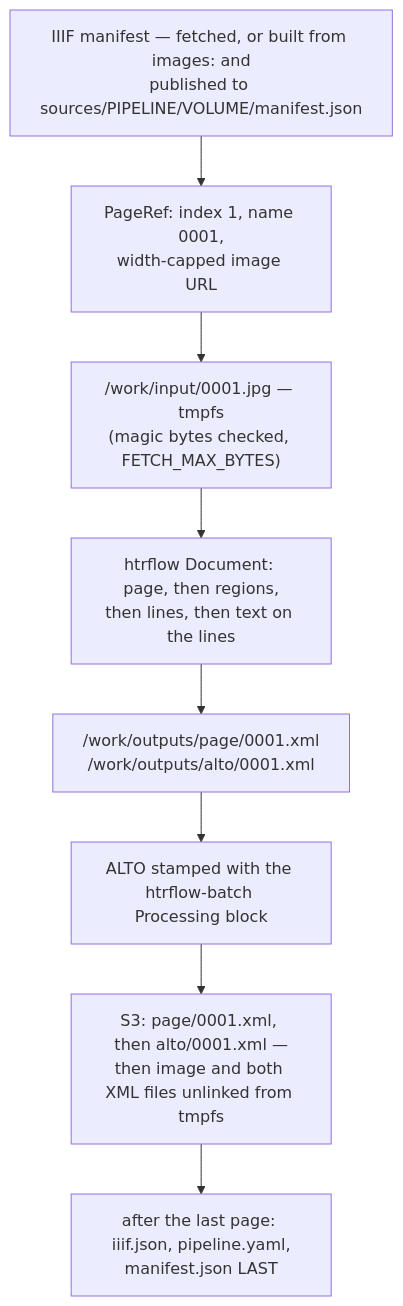
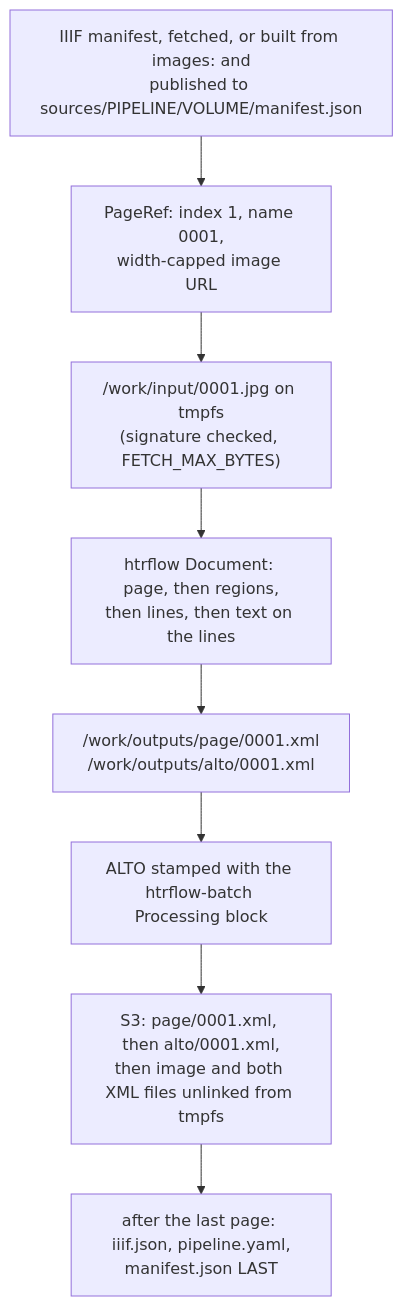
One commit to AI-Riksarkivet/htrflow-batch changed the diagram in docs/how-it-works/page-flow.md. Above: the diagram before and after it, drawn with Mermaid. The commit also changed other lines of this file, not shown here.

First line of the commit message:
docs(how-it-works): page-flow follows one page from IIIF GET to upload, for any image server

````diff
--- a/docs/how-it-works/page-flow.md
+++ b/docs/how-it-works/page-flow.md
@@ -7,13 +7,13 @@
 ```mermaid
 flowchart TB
-    M["IIIF manifest — fetched, or built from images: and<br/>published to sources/PIPELINE/VOLUME/manifest.json"]
+    M["IIIF manifest, fetched, or built from images: and<br/>published to sources/PIPELINE/VOLUME/manifest.json"]
     P["PageRef: index 1, name 0001,<br/>width-capped image URL"]
-    I["/work/input/0001.jpg — tmpfs<br/>(magic bytes checked, FETCH_MAX_BYTES)"]
+    I["/work/input/0001.jpg on tmpfs<br/>(signature checked, FETCH_MAX_BYTES)"]
     D["htrflow Document: page, then regions,<br/>then lines, then text on the lines"]
     X["/work/outputs/page/0001.xml<br/>/work/outputs/alto/0001.xml"]
     S["ALTO stamped with the htrflow-batch Processing block"]
-    U["S3: page/0001.xml, then alto/0001.xml —<br/>then image and both XML files unlinked from tmpfs"]
+    U["S3: page/0001.xml, then alto/0001.xml,<br/>then image and both XML files unlinked from tmpfs"]
     F["after the last page: iiif.json, pipeline.yaml,<br/>manifest.json LAST"]
 
     M --> P --> I --> D --> X --> S --> U --> F
 ```
````
